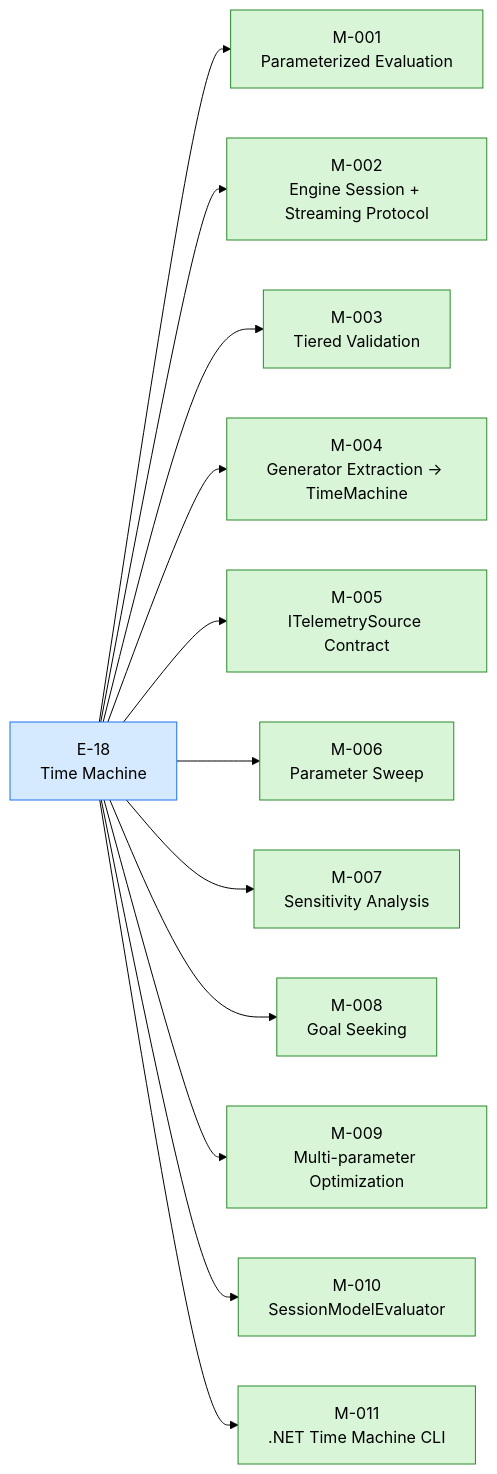
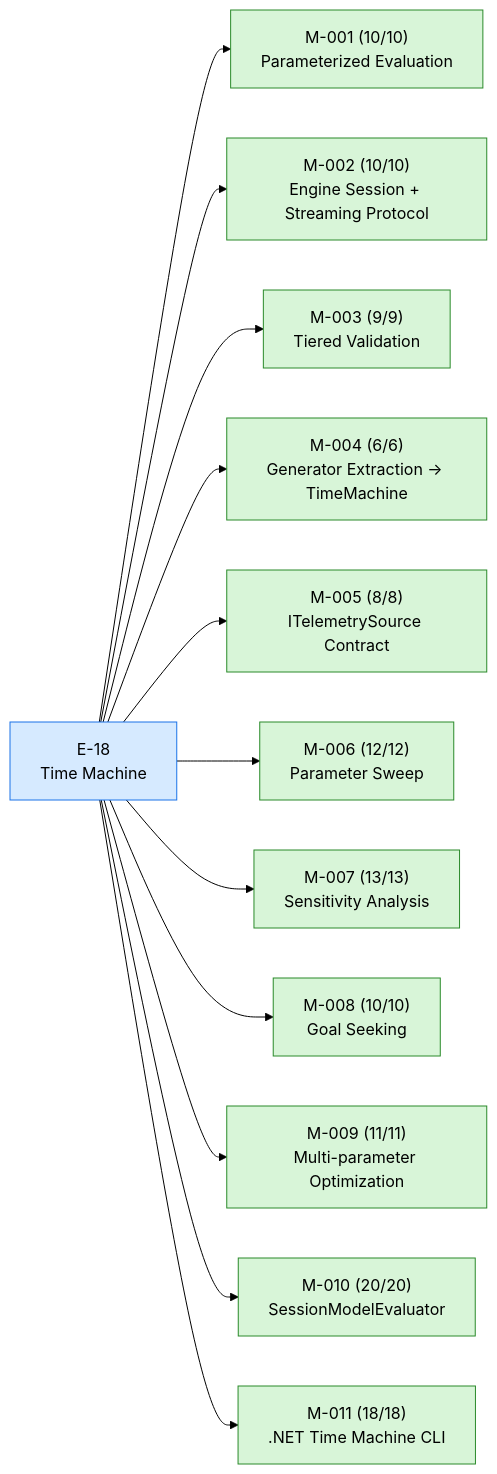
Before and after one commit to 23min/FlowTime: the second of 2 diagrams in STATUS.md, drawn with Mermaid (forest theme). The commit also changed other lines of this file and 66 other files, not shown here.

````diff
--- a/STATUS.md
+++ b/STATUS.md
@@ -41,32 +41,32 @@
 ```mermaid
 flowchart LR
   E_18["E-18<br/>Time Machine"]:::epic_active
-  M_001["M-001<br/>Parameterized Evaluation"]:::ms_done
+  M_001["M-001 (10/10)<br/>Parameterized Evaluation"]:::ms_done
   E_18 --> M_001
-  M_002["M-002<br/>Engine Session + Streaming Protocol"]:::ms_done
+  M_002["M-002 (10/10)<br/>Engine Session + Streaming Protocol"]:::ms_done
   E_18 --> M_002
-  M_003["M-003<br/>Tiered Validation"]:::ms_done
+  M_003["M-003 (9/9)<br/>Tiered Validation"]:::ms_done
   E_18 --> M_003
-  M_004["M-004<br/>Generator Extraction → TimeMachine"]:::ms_done
+  M_004["M-004 (6/6)<br/>Generator Extraction → TimeMachine"]:::ms_done
   E_18 --> M_004
-  M_005["M-005<br/>ITelemetrySource Contract"]:::ms_done
+  M_005["M-005 (8/8)<br/>ITelemetrySource Contract"]:::ms_done
   E_18 --> M_005
-  M_006["M-006<br/>Parameter Sweep"]:::ms_done
+  M_006["M-006 (12/12)<br/>Parameter Sweep"]:::ms_done
   E_18 --> M_006
-  M_007["M-007<br/>Sensitivity Analysis"]:::ms_done
+  M_007["M-007 (13/13)<br/>Sensitivity Analysis"]:::ms_done
   E_18 --> M_007
-  M_008["M-008<br/>Goal Seeking"]:::ms_done
+  M_008["M-008 (10/10)<br/>Goal Seeking"]:::ms_done
   E_18 --> M_008
-  M_009["M-009<br/>Multi-parameter Optimization"]:::ms_done
+  M_009["M-009 (11/11)<br/>Multi-parameter Optimization"]:::ms_done
   E_18 --> M_009
-  M_010["M-010<br/>SessionModelEvaluator"]:::ms_done
+  M_010["M-010 (20/20)<br/>SessionModelEvaluator"]:::ms_done
   E_18 --> M_010
-  M_011["M-011<br/>.NET Time Machine CLI"]:::ms_done
+  M_011["M-011 (18/18)<br/>.NET Time Machine CLI"]:::ms_done
   E_18 --> M_011
   classDef epic_active fill:#d6eaff,stroke:#1a73e8,color:#000
   classDef epic_proposed fill:#f4f4f4,stroke:#888,color:#000
   classDef ms_done fill:#d8f5d8,stroke:#2a8a2a,color:#000
   classDef ms_in_progress fill:#fff3c4,stroke:#caa400,color:#000
   classDef ms_draft fill:#f4f4f4,stroke:#888,color:#000
   classDef ms_cancelled fill:#fbeaea,stroke:#c33,color:#000
 ```
````
